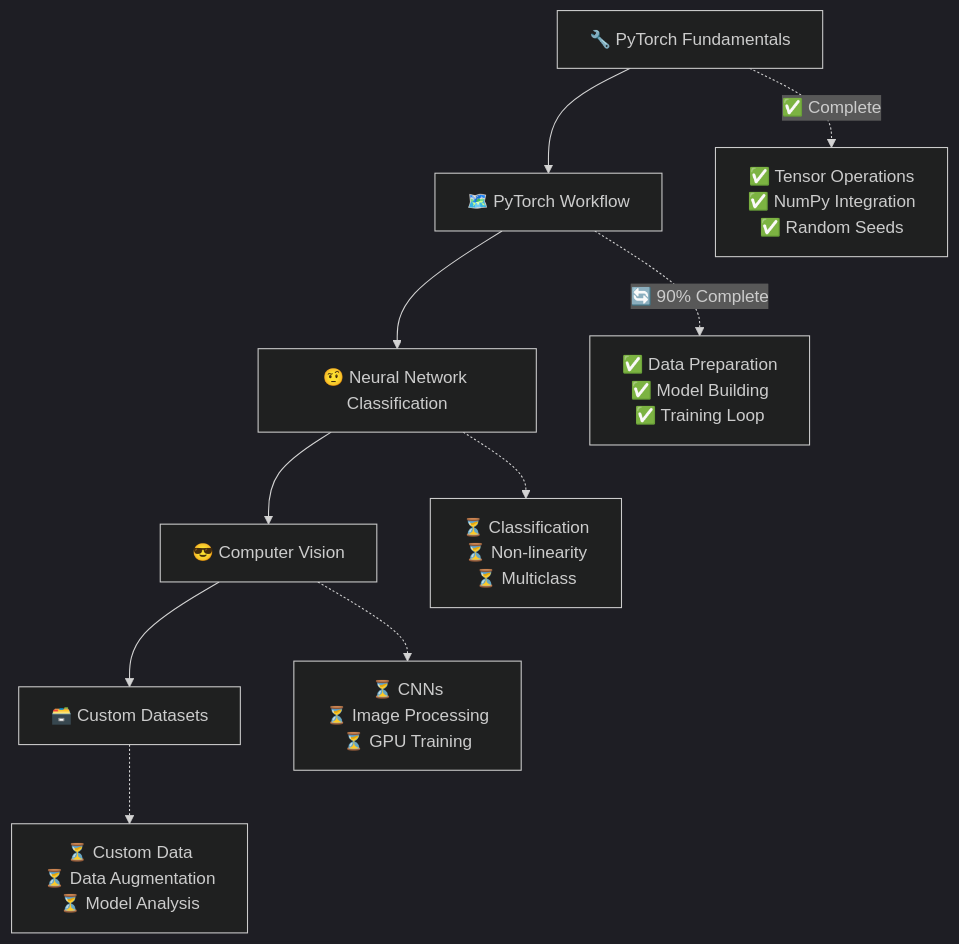
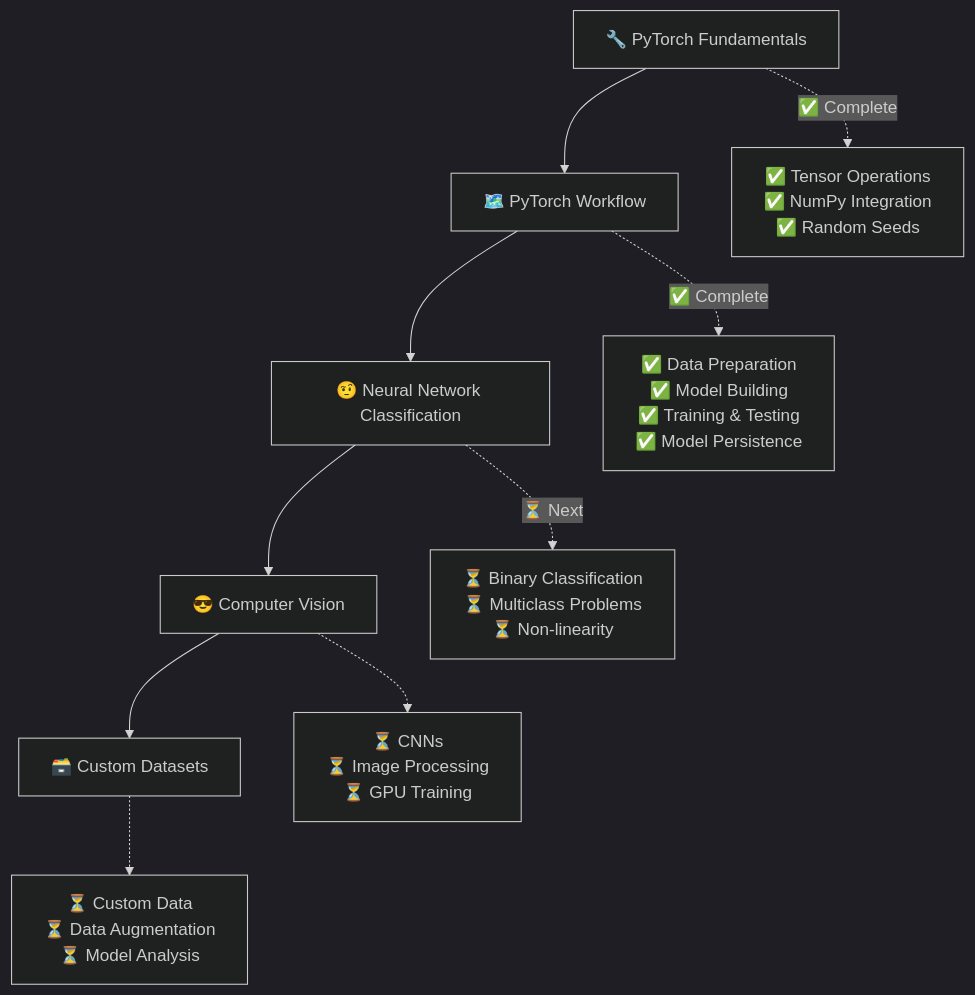
Before and after one commit to Satish-vaishyar/Learning-Pytorch: the diagram in README.md, drawn with Mermaid (dark theme). The commit also changed other lines of this file and 5 other files, not shown here.

````diff
--- a/README.md
+++ b/README.md
@@ -275,13 +288,13 @@
 ```mermaid
 graph TD
     A[🔧 PyTorch Fundamentals] --> B[🗺️ PyTorch Workflow]
     B --> C[🤨 Neural Network Classification]
     C --> D[😎 Computer Vision]
     D --> E[🗃️ Custom Datasets]
     
     A -.-> |✅ Complete| F[✅ Tensor Operations<br/>✅ NumPy Integration<br/>✅ Random Seeds]
-    B -.-> |🔄 90% Complete| G[✅ Data Preparation<br/>✅ Model Building<br/>✅ Training Loop]
-    C -.-> H[⏳ Classification<br/>⏳ Non-linearity<br/>⏳ Multiclass]
+    B -.-> |✅ Complete| G[✅ Data Preparation<br/>✅ Model Building<br/>✅ Training & Testing<br/>✅ Model Persistence]
+    C -.-> |⏳ Next| H[⏳ Binary Classification<br/>⏳ Multiclass Problems<br/>⏳ Non-linearity]
     D -.-> I[⏳ CNNs<br/>⏳ Image Processing<br/>⏳ GPU Training]
     E -.-> J[⏳ Custom Data<br/>⏳ Data Augmentation<br/>⏳ Model Analysis]
 ```
````
